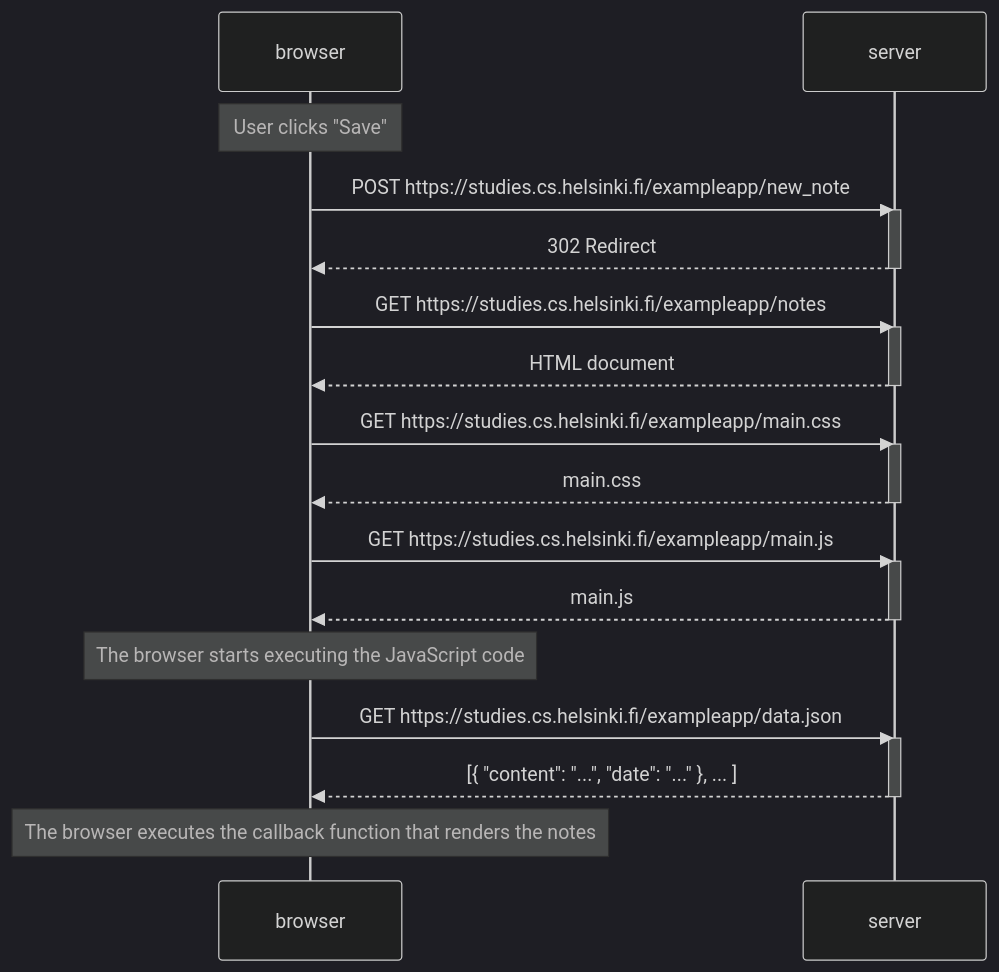
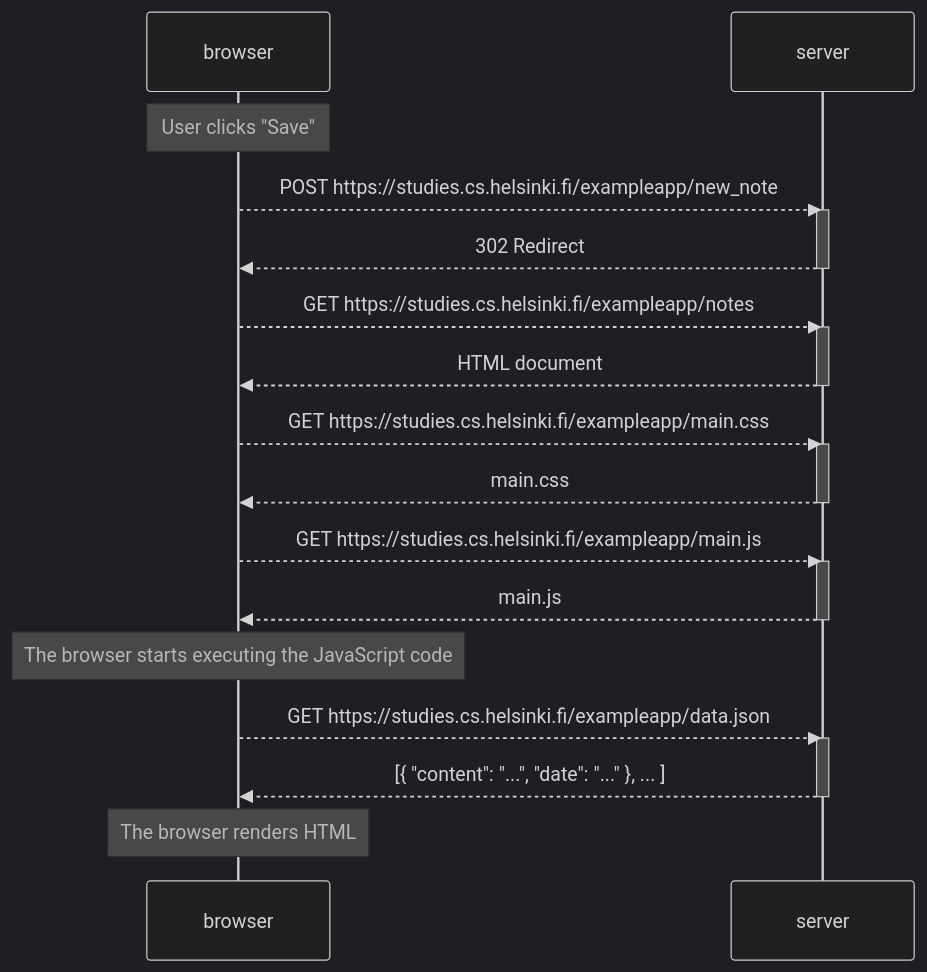
The diagram in Part 0/exercise_0_4.md (Sanjay-jayesh/Full-Stack-Open-), drawn with Mermaid (dark theme) before and after one commit. The commit also changed 2 other files, not shown here.

Commit message:
Added exercise 6

````diff
--- a/Part 0/exercise_0_4.md
+++ b/Part 0/exercise_0_4.md
@@ -1,36 +1,36 @@
 ```mermaid
 sequenceDiagram
     participant browser
     participant server
 
     Note over browser: User clicks "Save"
 
-    browser->>server: POST https://studies.cs.helsinki.fi/exampleapp/new_note
+    browser-->>server: POST https://studies.cs.helsinki.fi/exampleapp/new_note
     activate server
     server-->>browser: 302 Redirect
     deactivate server
 
-    browser->>server: GET https://studies.cs.helsinki.fi/exampleapp/notes
+    browser-->>server: GET https://studies.cs.helsinki.fi/exampleapp/notes
     activate server
     server-->>browser: HTML document
     deactivate server
 
-    browser->>server: GET https://studies.cs.helsinki.fi/exampleapp/main.css
+    browser-->>server: GET https://studies.cs.helsinki.fi/exampleapp/main.css
     activate server
     server-->>browser: main.css
     deactivate server
 
-    browser->>server: GET https://studies.cs.helsinki.fi/exampleapp/main.js
+    browser-->>server: GET https://studies.cs.helsinki.fi/exampleapp/main.js
     activate server
     server-->>browser: main.js
     deactivate server
 
     Note over browser: The browser starts executing the JavaScript code
 
-    browser->>server: GET https://studies.cs.helsinki.fi/exampleapp/data.json
+    browser-->>server: GET https://studies.cs.helsinki.fi/exampleapp/data.json
     activate server
     server-->>browser: [{ "content": "...", "date": "..." }, ... ]
     deactivate server
 
-    Note over browser: The browser executes the callback function that renders the notes
+    Note over browser: The browser renders HTML
 ```
````
